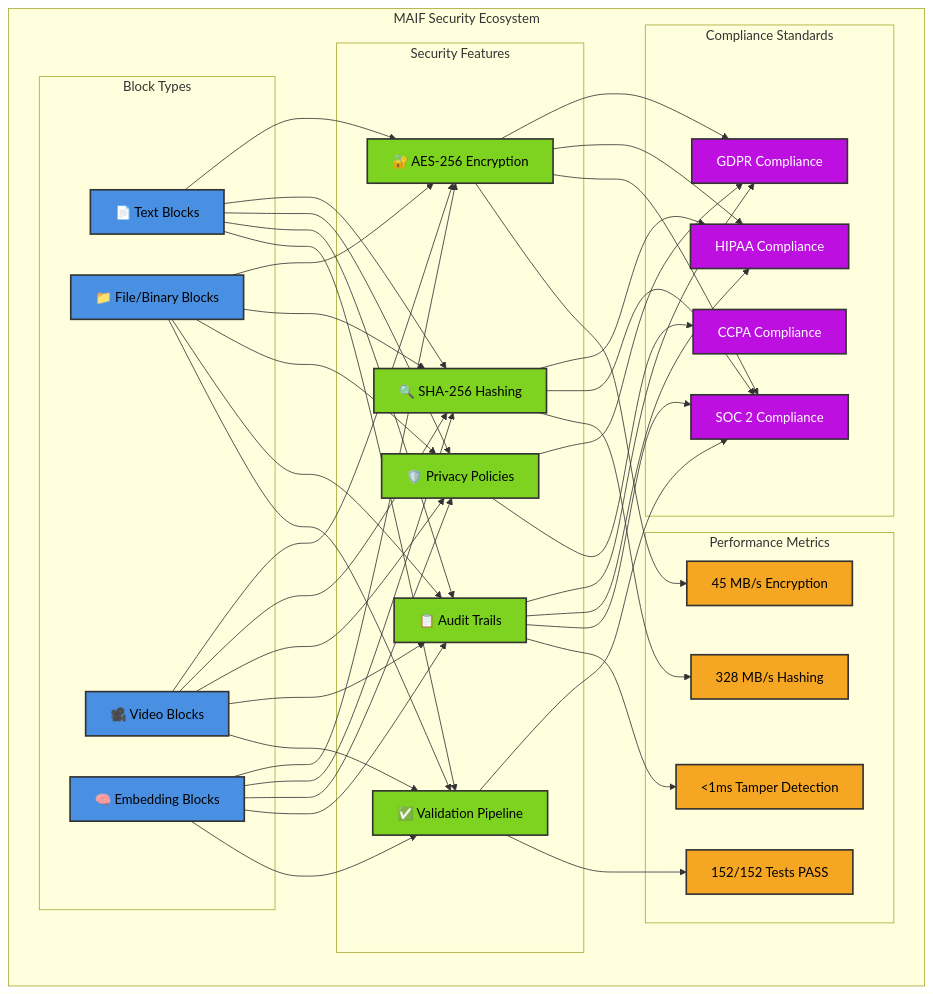
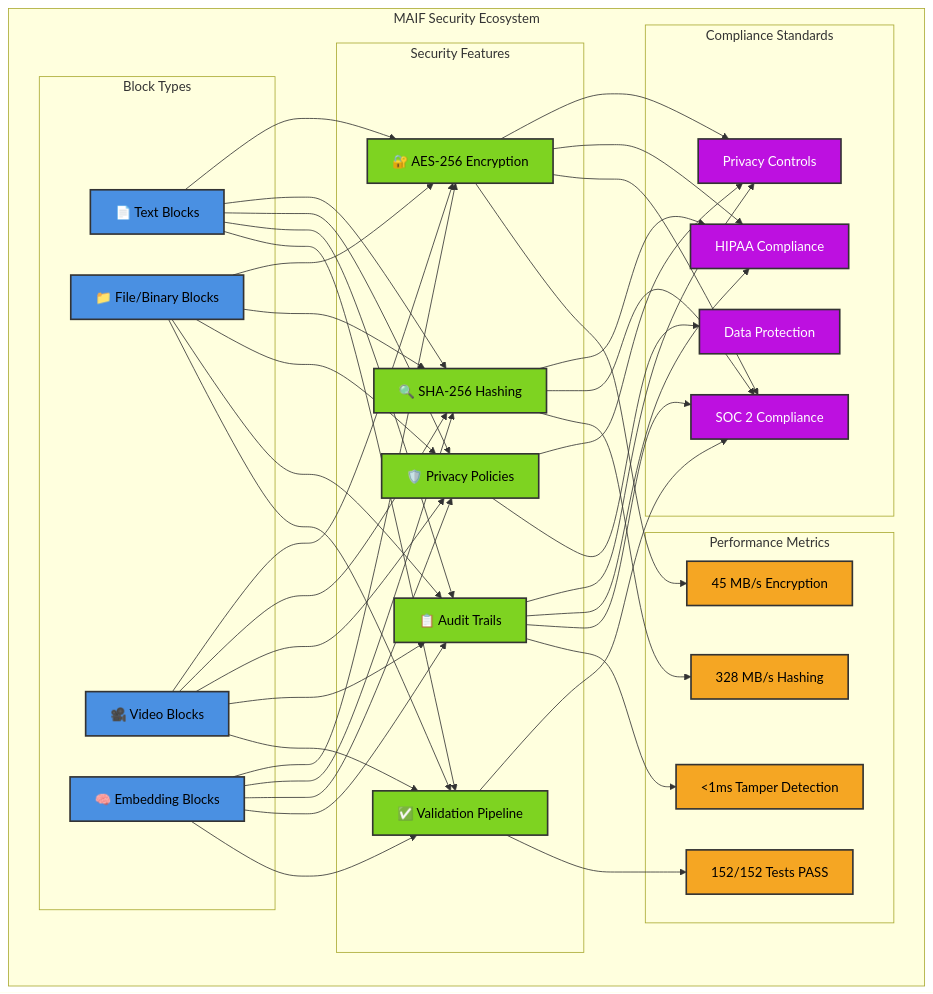
The first of 24 diagrams in SECURITY_SPECIFICATION.md (mbhatt1/maifscratch), drawn with Mermaid before and after one commit. The commit also changed other lines of this file and 1 other file, not shown here.

```diff
--- a/SECURITY_SPECIFICATION.md
+++ b/SECURITY_SPECIFICATION.md
@@ -44,10 +44,10 @@
         end
         
         subgraph "Compliance Standards"
-            CS1[GDPR Compliance]
+            CS1[Privacy Controls]
             CS2[HIPAA Compliance]
             CS3[SOC 2 Compliance]
-            CS4[CCPA Compliance]
+            CS4[Data Protection]
         end
         
         subgraph "Performance Metrics"
```
